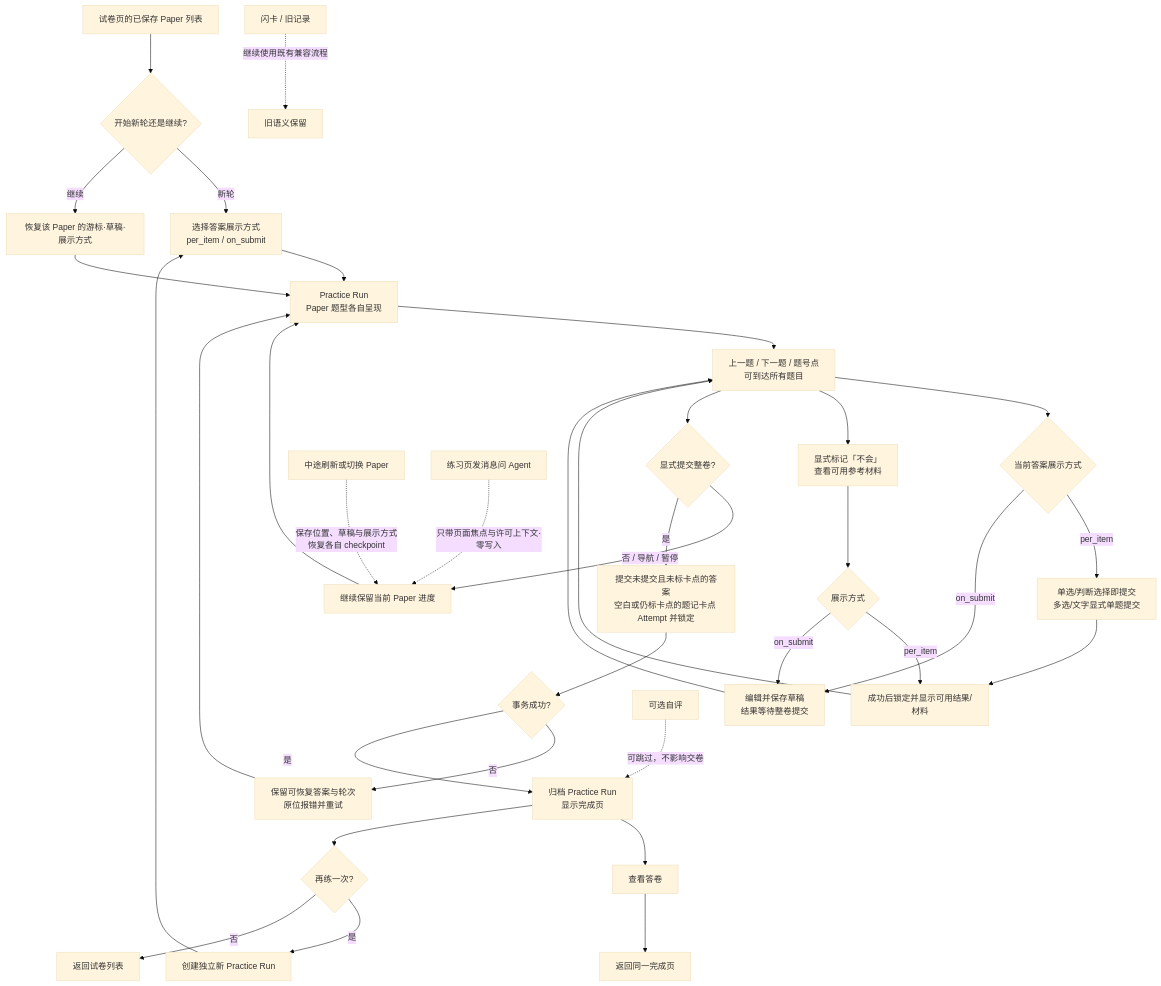
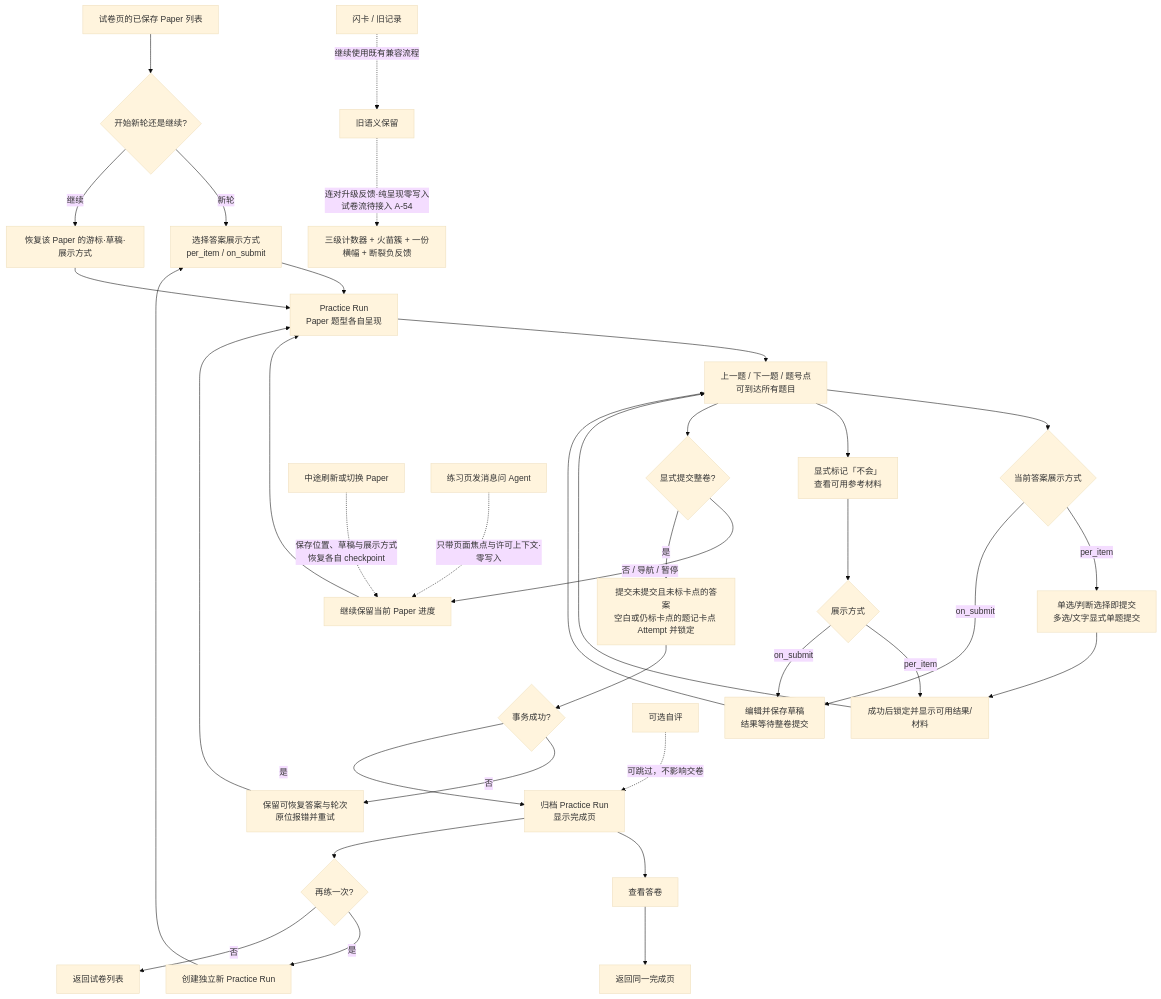
The first of 10 diagrams in docs/action-graph/L4-workflows.md (Amazinnn/Lesson-Kit), drawn with Mermaid (base theme) before and after one commit. The commit also changed other lines of this file and 2 other files, not shown here.

````diff
--- a/docs/action-graph/L4-workflows.md
+++ b/docs/action-graph/L4-workflows.md
@@ -8,33 +8,34 @@
 ```mermaid
 flowchart TD
   A[试卷页的已保存 Paper 列表] --> B{开始新轮还是继续?}
   B -- 新轮 --> C[选择答案展示方式<br/>per_item / on_submit]
   B -- 继续 --> D[恢复该 Paper 的游标·草稿·展示方式]
   C & D --> E[Practice Run<br/>Paper 题型各自呈现]
   E --> F[上一题 / 下一题 / 题号点<br/>可到达所有题目]
   F --> G{当前答案展示方式}
   G -- per_item --> H[单选/判断选择即提交<br/>多选/文字显式单题提交]
   H --> I[成功后锁定并显示可用结果/材料]
   G -- on_submit --> J[编辑并保存草稿<br/>结果等待整卷提交]
   F --> K[显式标记「不会」<br/>查看可用参考材料]
   K --> L{展示方式}
   L -- per_item --> I
   L -- on_submit --> J
   I & J --> F
   F --> M{显式提交整卷?}
   M -- 否 / 导航 / 暂停 --> Z[继续保留当前 Paper 进度]
   Z --> E
   M -- 是 --> N[提交未提交且未标卡点的答案<br/>空白或仍标卡点的题记卡点 Attempt 并锁定]
   N --> O{事务成功?}
   O -- 否 --> P[保留可恢复答案与轮次<br/>原位报错并重试] --> E
   O -- 是 --> Q[归档 Practice Run<br/>显示完成页]
   Q --> R[查看答卷]
   R --> S[返回同一完成页]
   Q --> T{再练一次?}
   T -- 是 --> U[创建独立新 Practice Run] --> C
   T -- 否 --> V[返回试卷列表]
   W[可选自评] -.可跳过，不影响交卷.-> Q
   X1[中途刷新或切换 Paper] -.保存位置、草稿与展示方式<br/>恢复各自 checkpoint.-> Z
   X2[闪卡 / 旧记录] -.继续使用既有兼容流程.-> LEGACY[旧语义保留]
+  LEGACY -.连对升级反馈·纯呈现零写入<br/>试卷流待接入 A-54.-> STREAK[三级计数器 + 火苗簇 + 一份横幅 + 断裂负反馈]
   X3[练习页发消息问 Agent] -.只带页面焦点与许可上下文·零写入.-> Z
 ```
````
